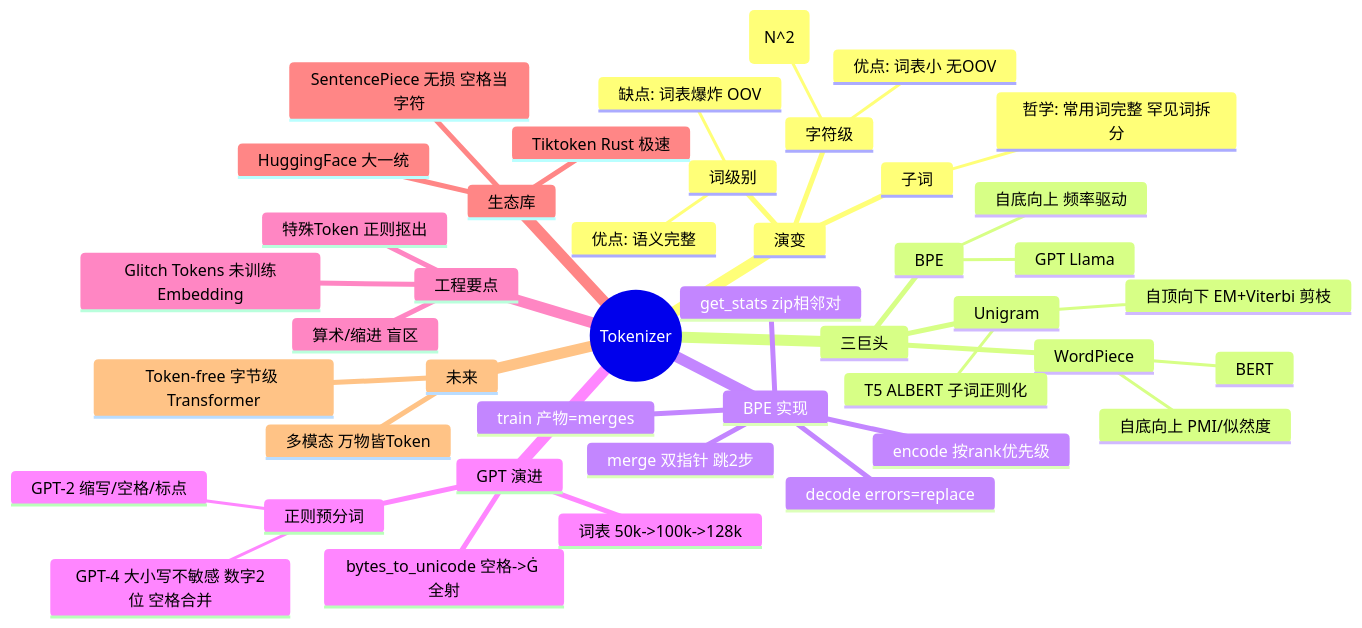
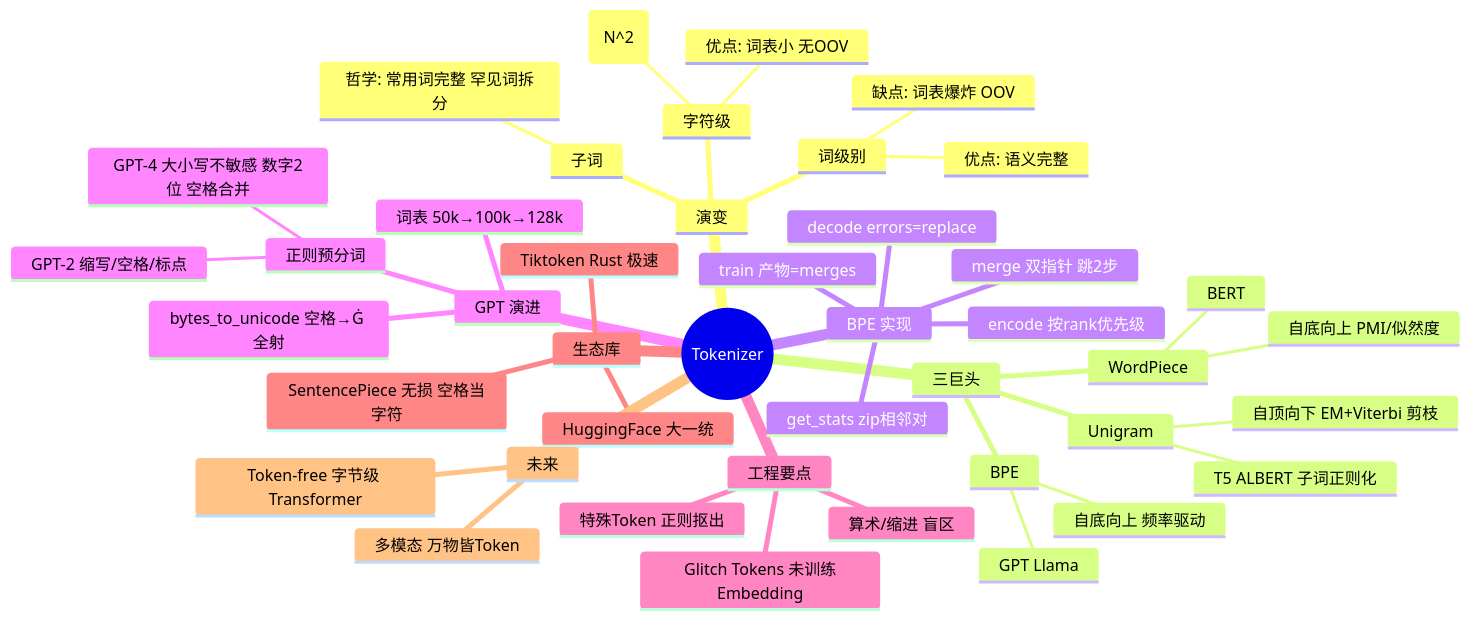
Before and after one commit to aznikline/from-minimind-to-more-notes: the diagram in 01_tokenizer.md, drawn with Mermaid. The commit also changed 4 other files, not shown here.

First line of the commit message:
fix: Mermaid mindmap parsing errors and LaTeX underscore escaping

````diff
--- a/01_tokenizer.md
+++ b/01_tokenizer.md
@@ -163,46 +163,46 @@
 ```mermaid
 mindmap
   root((Tokenizer))
     演变
       字符级
         优点: 词表小 无OOV
         缺点: 序列长 语义稀疏 O(N^2)
       词级别
         优点: 语义完整
         缺点: 词表爆炸 OOV
       子词
         哲学: 常用词完整 罕见词拆分
     三巨头
       BPE
         自底向上 频率驱动
         GPT Llama
       WordPiece
         自底向上 PMI/似然度
         BERT
       Unigram
         自顶向下 EM+Viterbi 剪枝
         T5 ALBERT 子词正则化
     BPE 实现
       get_stats zip相邻对
       merge 双指针 跳2步
       train 产物=merges
       encode 按rank优先级
       decode errors=replace
     GPT 演进
       正则预分词
         GPT-2 缩写/空格/标点
         GPT-4 大小写不敏感 数字2位 空格合并
-      bytes_to_unicode 空格->Ġ 全射
-      词表 50k->100k->128k
+      bytes_to_unicode 空格→Ġ 全射
+      词表 50k→100k→128k
     工程要点
       特殊Token 正则抠出
       Glitch Tokens 未训练Embedding
       算术/缩进 盲区
     生态库
       Tiktoken Rust 极速
       SentencePiece 无损 空格当字符
       HuggingFace 大一统
     未来
       Token-free 字节级 Transformer
       多模态 万物皆Token
 ```
````
